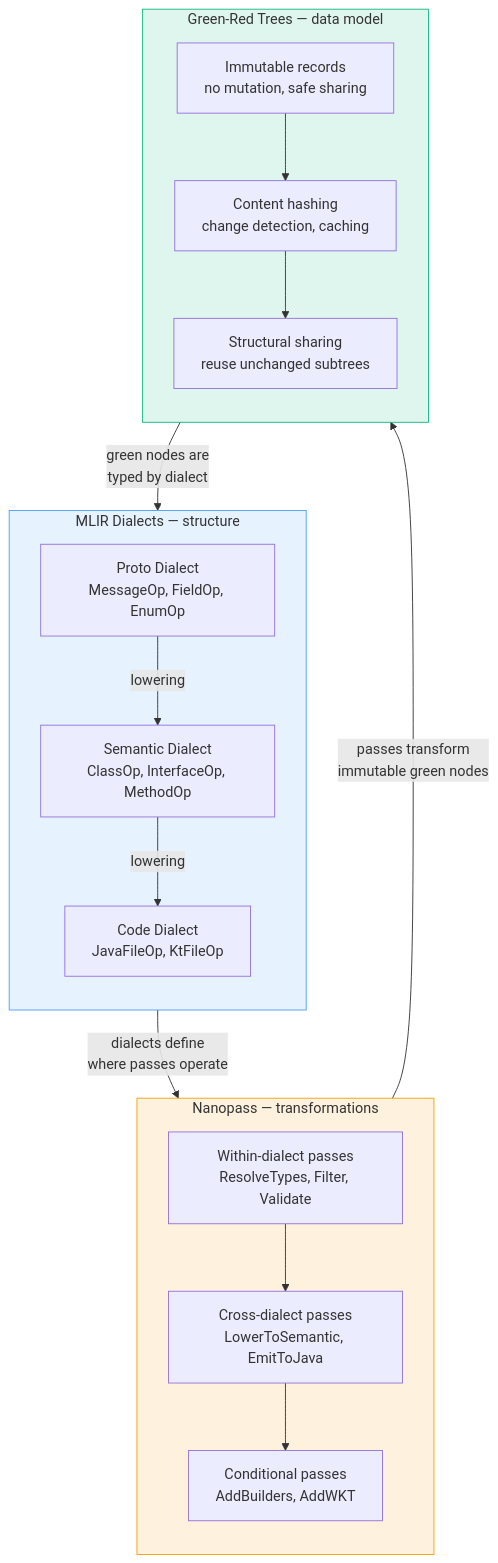
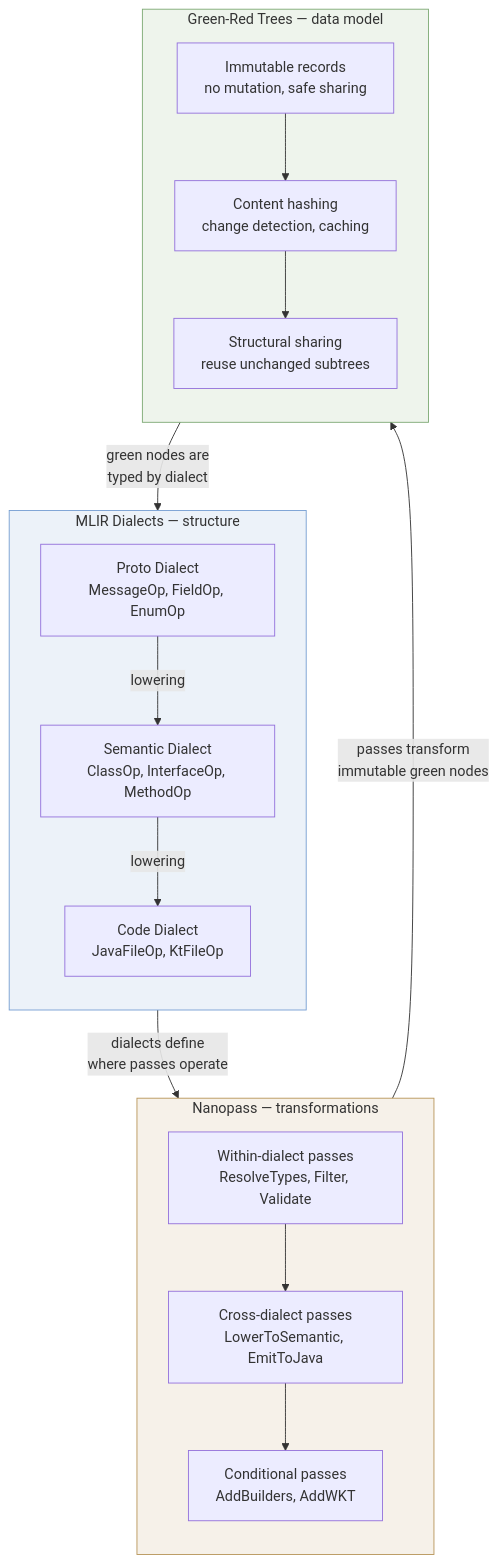
Before and after one commit to alnovis/nebula: the fifth of 5 diagrams in content/blog/compiler-ideas-for-code-generation.md, drawn with Mermaid. The commit also changed other lines of this file and 4 other files, not shown here.

First line of the commit message:
feat(style): matched palette for diagram layers and the CDN page

````diff
--- a/content/blog/compiler-ideas-for-code-generation.md
+++ b/content/blog/compiler-ideas-for-code-generation.md
@@ -300,34 +300,34 @@
 ```mermaid
 flowchart TB
     subgraph mlir["MLIR Dialects — structure"]
         direction TB
         D1["Proto Dialect\nMessageOp, FieldOp, EnumOp"]
         D2["Semantic Dialect\nClassOp, InterfaceOp, MethodOp"]
         D3["Code Dialect\nJavaFileOp, KtFileOp"]
         D1 -- "lowering" --> D2 -- "lowering" --> D3
     end
 
     subgraph nano["Nanopass — transformations"]
         direction TB
         N1["Within-dialect passes\nResolveTypes, Filter, Validate"]
         N2["Cross-dialect passes\nLowerToSemantic, EmitToJava"]
         N3["Conditional passes\nAddBuilders, AddWKT"]
         N1 --> N2 --> N3
     end
 
     subgraph grt["Green-Red Trees — data model"]
         direction TB
         G1["Immutable records\nno mutation, safe sharing"]
         G2["Content hashing\nchange detection, caching"]
         G3["Structural sharing\nreuse unchanged subtrees"]
         G1 --> G2 --> G3
     end
 
     mlir -- "dialects define\nwhere passes operate" --> nano
     nano -- "passes transform\nimmutable green nodes" --> grt
     grt -- "green nodes are\ntyped by dialect" --> mlir
 
-    style mlir fill:#4a9eff22,stroke:#4a9eff
-    style nano fill:#f59e0b22,stroke:#f59e0b
-    style grt fill:#10b98122,stroke:#10b981
+    style mlir fill:#759ed222,stroke:#759ed2
+    style nano fill:#b8955922,stroke:#b89559
+    style grt fill:#7da97422,stroke:#7da974
 ```
````
